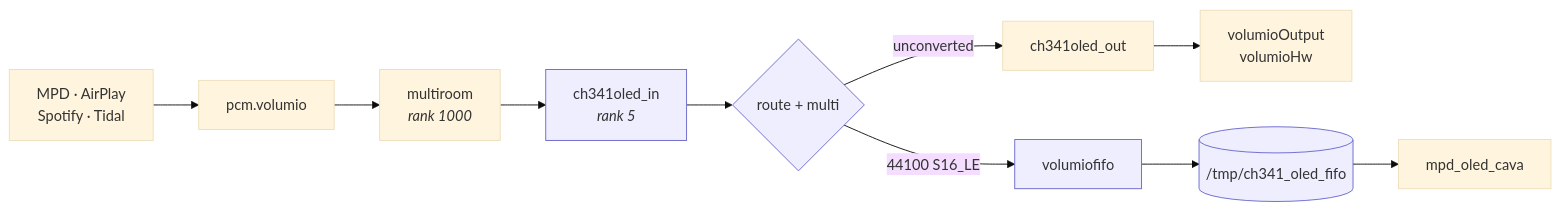
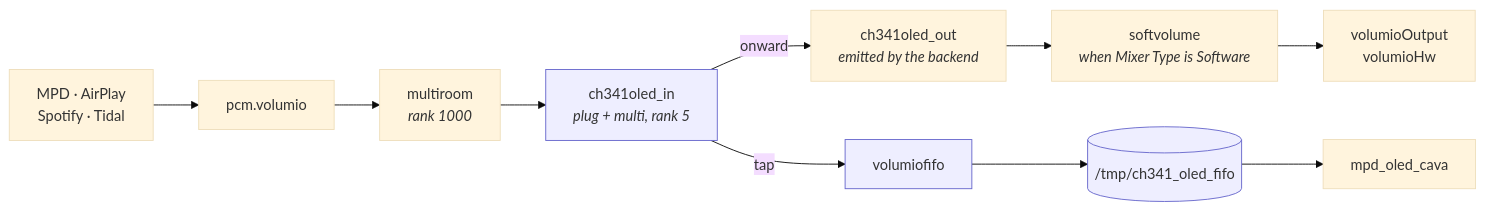
The second of 3 diagrams in ch341_oled/README.md (foonerd/ch341-i2c-usb), drawn with Mermaid (base theme) before and after one commit. The commit also changed other lines of this file and 6 other files, not shown here.

````diff
--- a/ch341_oled/README.md
+++ b/ch341_oled/README.md
@@ -90,14 +97,14 @@
 ```mermaid
 flowchart LR
     src["MPD · AirPlay<br/>Spotify · Tidal"] --> vol["pcm.volumio"]
     vol --> mr["multiroom<br/><i>rank 1000</i>"]
-    mr --> in["ch341oled_in<br/><i>rank 5</i>"]
-    in --> split{"route + multi"}
-    split -->|unconverted| out["ch341oled_out"]
-    split -->|"44100 S16_LE"| ff["volumiofifo"]
-    out --> hw["volumioOutput<br/>volumioHw"]
+    mr --> in["ch341oled_in<br/><i>plug + multi, rank 5</i>"]
+    in -->|onward| out["ch341oled_out<br/><i>emitted by the backend</i>"]
+    in -->|tap| ff["volumiofifo"]
+    out --> sv["softvolume<br/><i>when Mixer Type is Software</i>"]
+    sv --> hw["volumioOutput<br/>volumioHw"]
     ff --> fifo[("/tmp/ch341_oled_fifo")]
     fifo --> cava["mpd_oled_cava"]
     classDef ours fill:#eef,stroke:#66c
-    class in,split,ff,fifo ours
+    class in,ff,fifo ours
 ```
````
